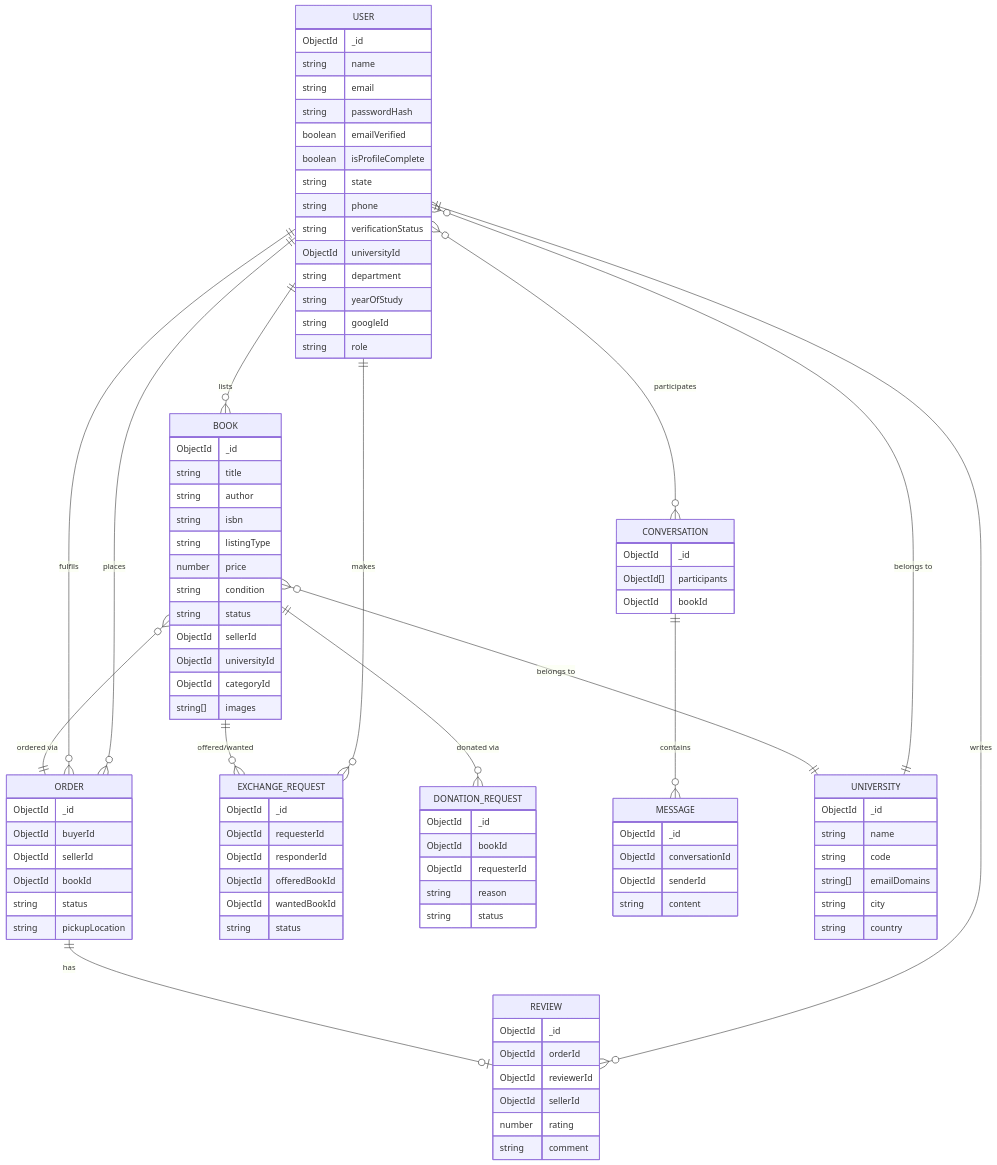
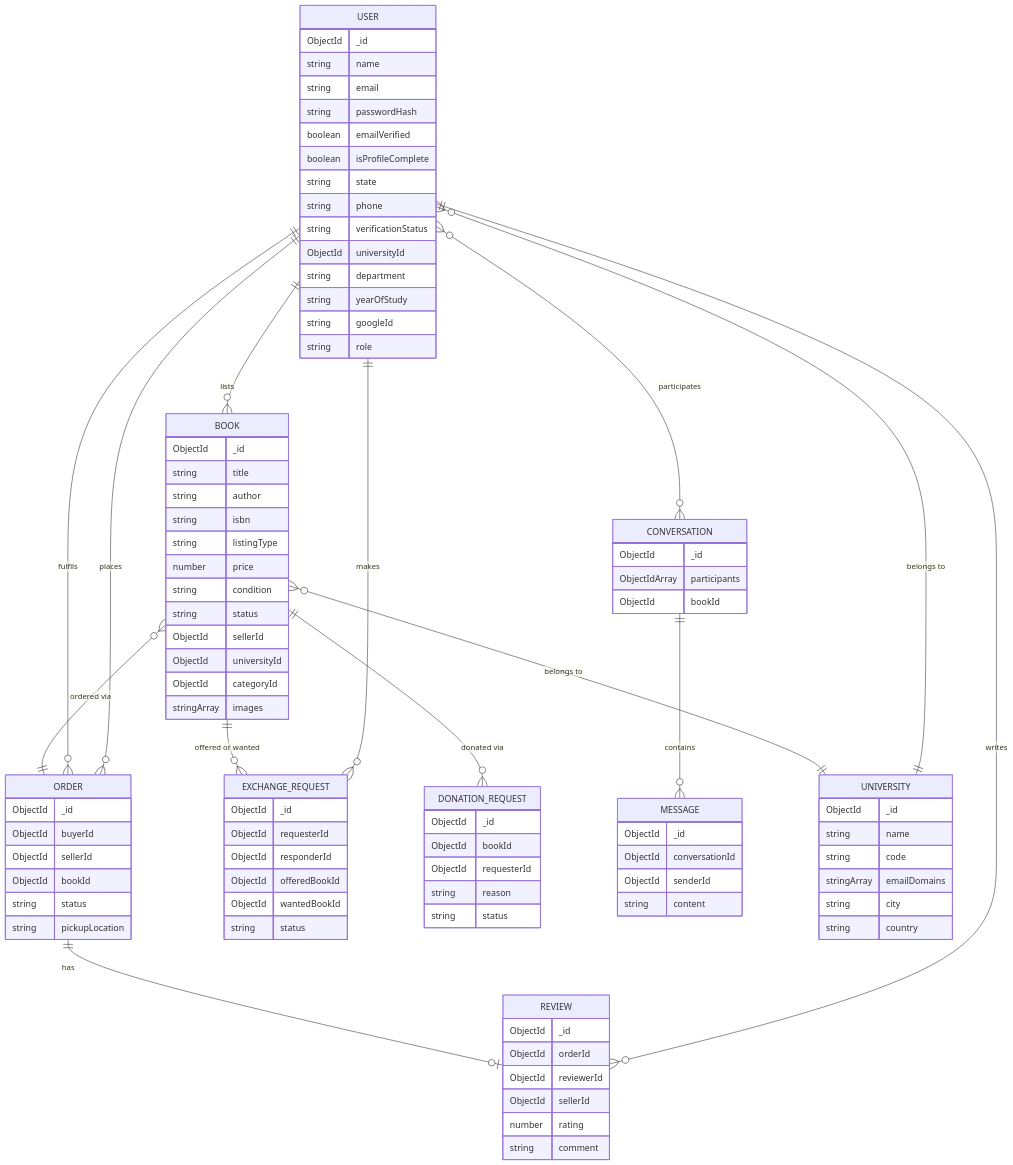
One commit to ashwaniipandey/CampusBook changed the third of 3 diagrams in README.md. Above: the diagram before and after it, drawn with Mermaid. The commit also changed other lines of this file, not shown here.

```diff
--- a/README.md
+++ b/README.md
@@ -254,7 +268,7 @@
         ObjectId sellerId
         ObjectId universityId
         ObjectId categoryId
-        string[] images
+        stringArray images
     }
     ORDER {
         ObjectId _id
@@ -289,7 +303,7 @@
     }
     CONVERSATION {
         ObjectId _id
-        ObjectId[] participants
+        ObjectIdArray participants
         ObjectId bookId
     }
     MESSAGE {
@@ -302,7 +316,7 @@
         ObjectId _id
         string name
         string code
-        string[] emailDomains
+        stringArray emailDomains
         string city
         string country
     }
@@ -315,7 +329,7 @@
     USER }o--|| UNIVERSITY : "belongs to"
     BOOK }o--|| UNIVERSITY : "belongs to"
     BOOK }o--|| ORDER : "ordered via"
-    BOOK ||--o{ EXCHANGE_REQUEST : "offered/wanted"
+    BOOK ||--o{ EXCHANGE_REQUEST : "offered or wanted"
     BOOK ||--o{ DONATION_REQUEST : "donated via"
     ORDER ||--o| REVIEW : "has"
     CONVERSATION ||--o{ MESSAGE : "contains"
```
